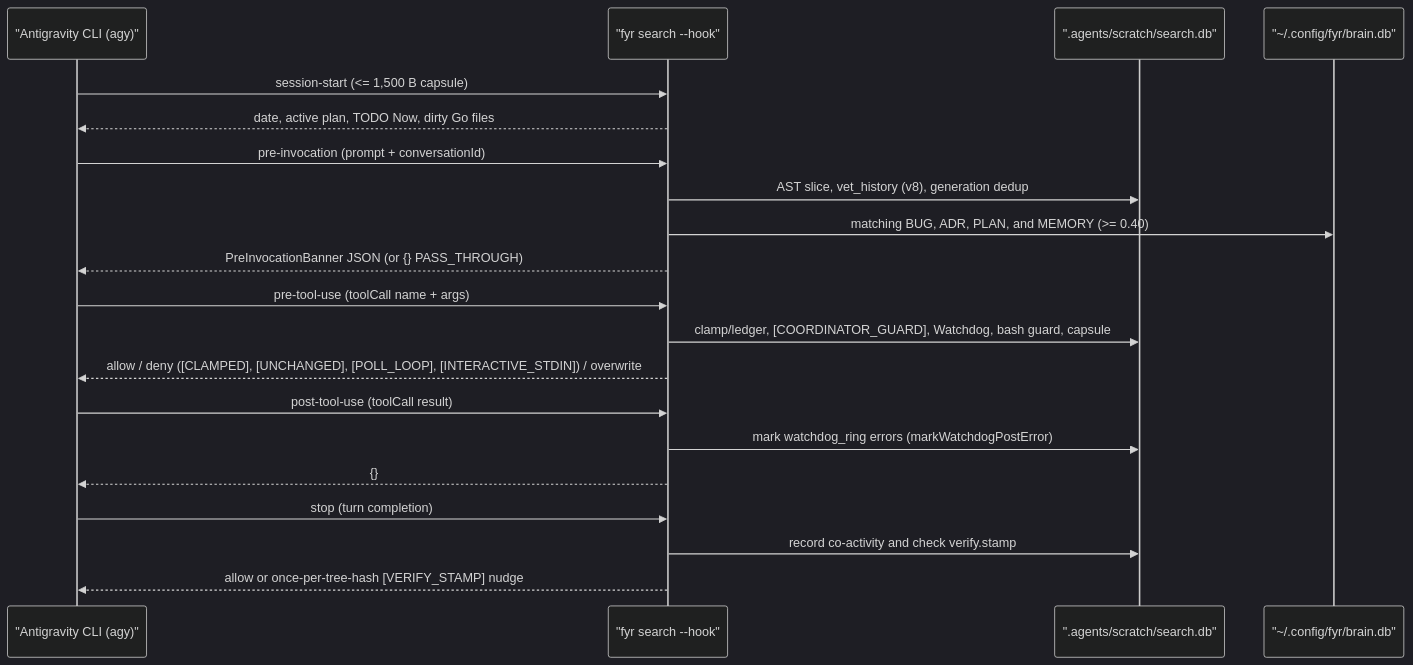
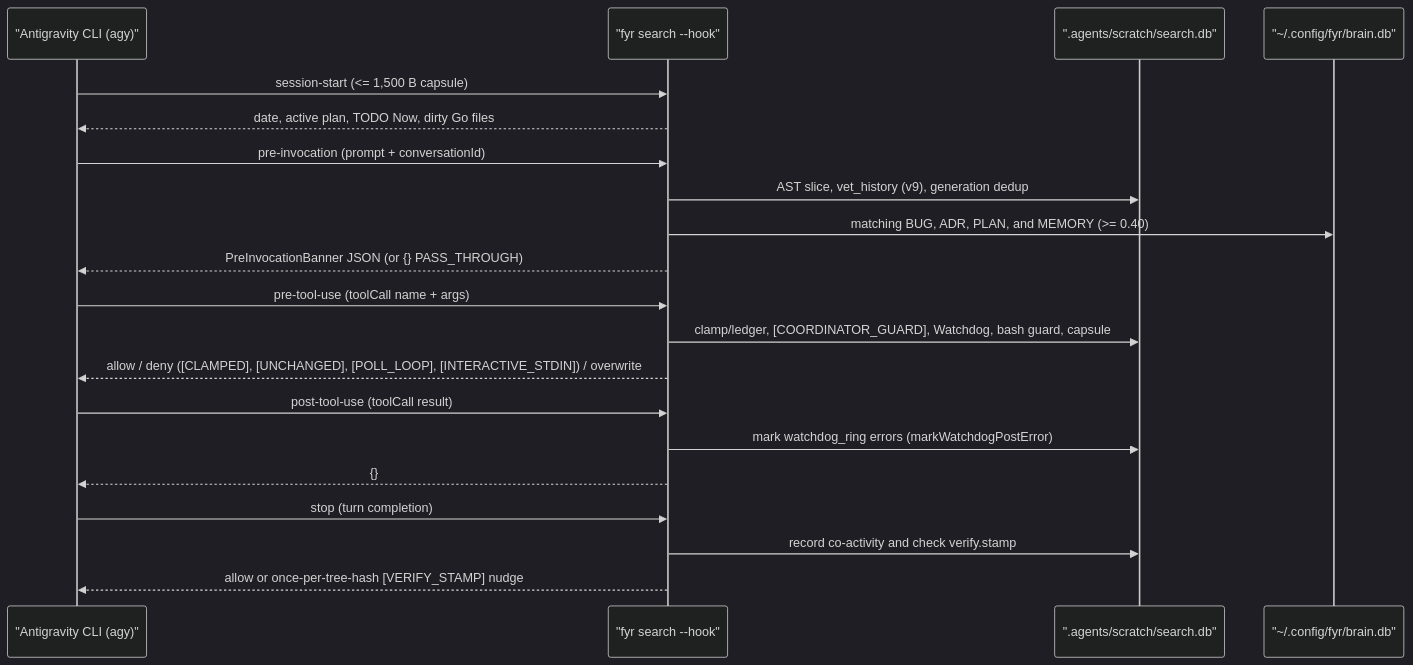
Before and after one commit to kesokaj/fyr: the first of 6 diagrams in features/hooks-and-ast-graph.md, drawn with Mermaid (dark theme). The commit also changed other lines of this file and 11 other files, not shown here.

````diff
--- a/features/hooks-and-ast-graph.md
+++ b/features/hooks-and-ast-graph.md
@@ -9,22 +9,22 @@
 ```mermaid
 sequenceDiagram
     participant Agy as "Antigravity CLI (agy)"
     participant Hook as "fyr search --hook"
     participant DB as ".agents/scratch/search.db"
     participant Brain as "~/.config/fyr/brain.db"
     Agy->>Hook: session-start (<= 1,500 B capsule)
     Hook-->>Agy: date, active plan, TODO Now, dirty Go files
     Agy->>Hook: pre-invocation (prompt + conversationId)
-    Hook->>DB: AST slice, vet_history (v8), generation dedup
+    Hook->>DB: AST slice, vet_history (v9), generation dedup
     Hook->>Brain: matching BUG, ADR, PLAN, and MEMORY (>= 0.40)
     Hook-->>Agy: PreInvocationBanner JSON (or {} PASS_THROUGH)
     Agy->>Hook: pre-tool-use (toolCall name + args)
     Hook->>DB: clamp/ledger, [COORDINATOR_GUARD], Watchdog, bash guard, capsule
     Hook-->>Agy: allow / deny ([CLAMPED], [UNCHANGED], [POLL_LOOP], [INTERACTIVE_STDIN]) / overwrite
     Agy->>Hook: post-tool-use (toolCall result)
     Hook->>DB: mark watchdog_ring errors (markWatchdogPostError)
     Hook-->>Agy: {}
     Agy->>Hook: stop (turn completion)
     Hook->>DB: record co-activity and check verify.stamp
     Hook-->>Agy: allow or once-per-tree-hash [VERIFY_STAMP] nudge
 ```
````
